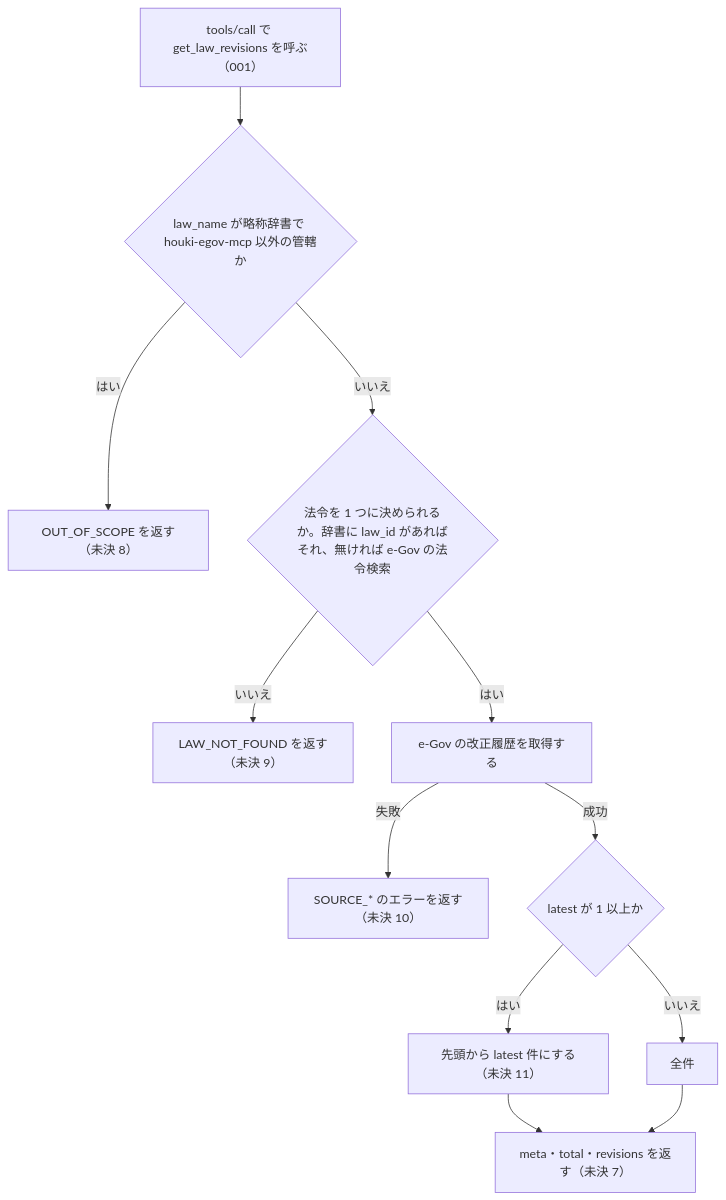
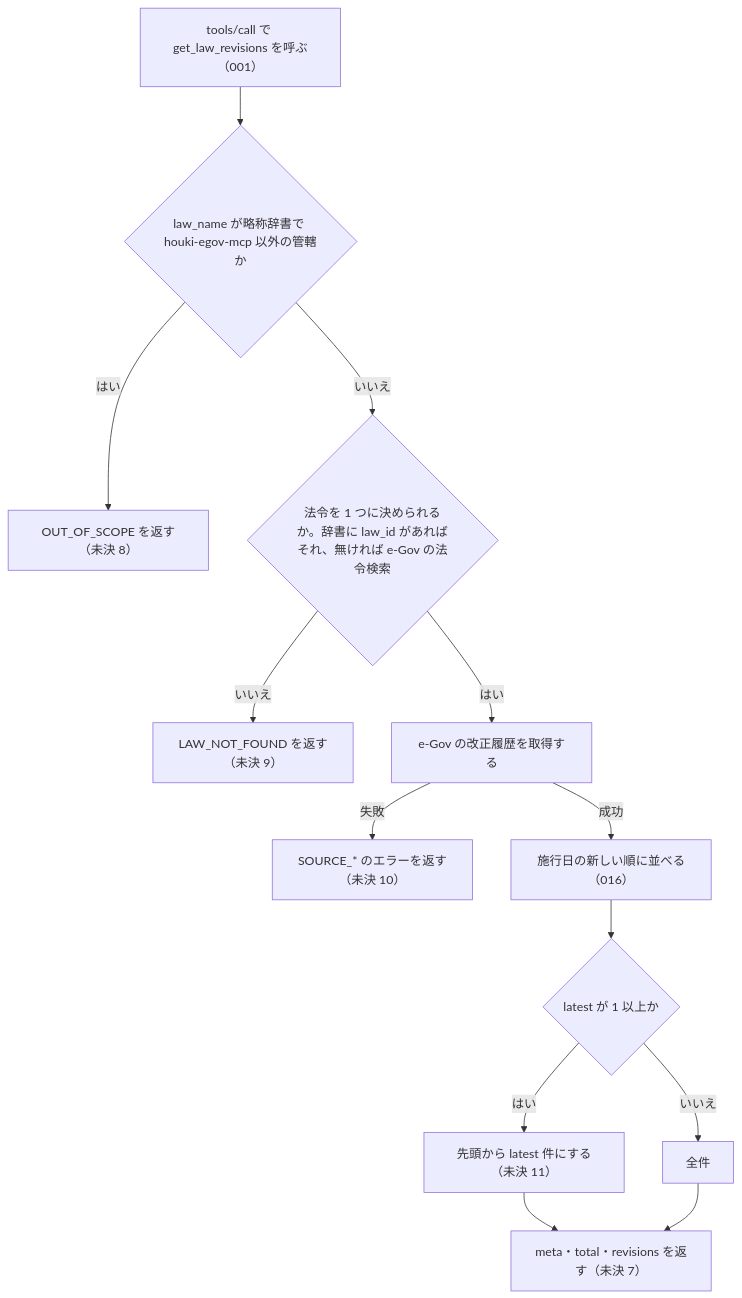
The diagram in specs/current/get_law_revisions/spec.md (shuji-bonji/houki-egov-mcp), drawn with Mermaid before and after one commit. The commit also changed other lines of this file and 27 other files, not shown here.

````diff
--- a/specs/current/get_law_revisions/spec.md
+++ b/specs/current/get_law_revisions/spec.md
@@ -27,14 +27,15 @@
 ```mermaid
 flowchart TD
   A["tools/call で get_law_revisions を呼ぶ（001）"] --> B{"law_name が略称辞書で houki-egov-mcp 以外の管轄か"}
   B -- はい --> E1["OUT_OF_SCOPE を返す（未決 8）"]
   B -- いいえ --> C{"法令を 1 つに決められるか。辞書に law_id があればそれ、無ければ e-Gov の法令検索"}
   C -- いいえ --> E2["LAW_NOT_FOUND を返す（未決 9）"]
   C -- はい --> D["e-Gov の改正履歴を取得する"]
   D -- 失敗 --> E3["SOURCE_* のエラーを返す（未決 10）"]
-  D -- 成功 --> F{"latest が 1 以上か"}
+  D -- 成功 --> S["施行日の新しい順に並べる（016）"]
+  S --> F{"latest が 1 以上か"}
   F -- はい --> G["先頭から latest 件にする（未決 11）"]
   F -- いいえ --> H["全件"]
   G --> R["meta・total・revisions を返す（未決 7）"]
   H --> R
 ```
````
